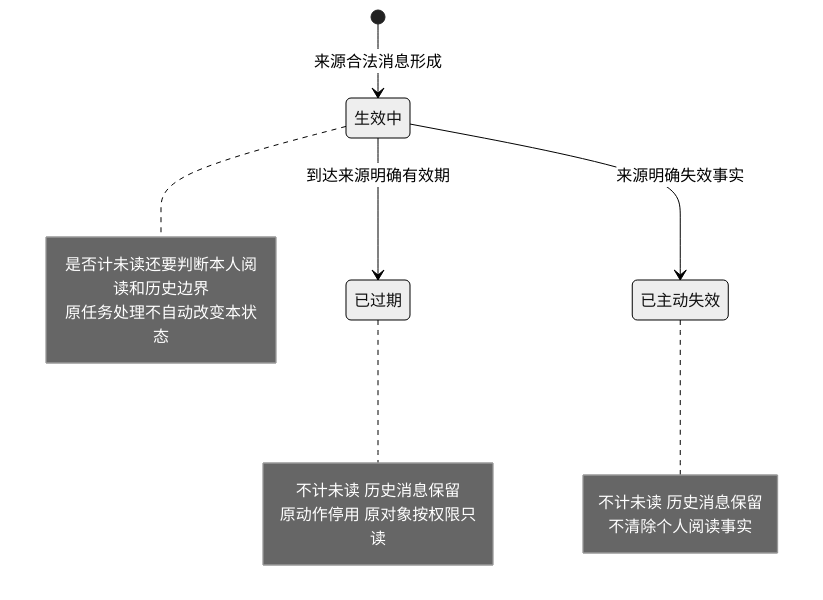
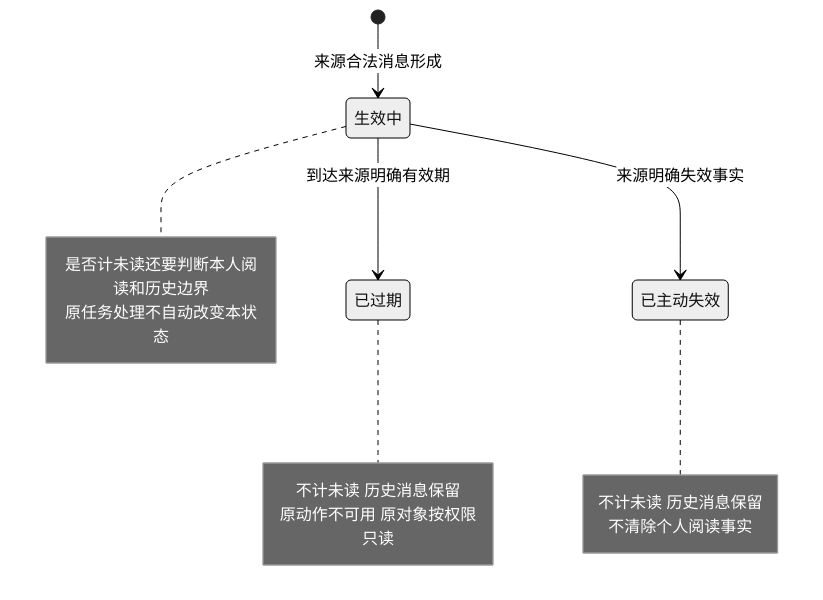
One commit to wxblockchain/Chain-Financing changed the sixth of 7 diagrams in lending-platform/PRD/v1.0-运营端消息通知/02-运营端消息通知-流程图与状态机.md. Above: the diagram before and after it, drawn with Mermaid (neutral theme). The commit also changed other lines of this file and 4 other files, not shown here.

````diff
--- a/lending-platform/PRD/v1.0-运营端消息通知/02-运营端消息通知-流程图与状态机.md
+++ b/lending-platform/PRD/v1.0-运营端消息通知/02-运营端消息通知-流程图与状态机.md
@@ -144,18 +144,18 @@
 ```mermaid
 stateDiagram-v2
     [*] --> 生效中: 来源合法消息形成
     生效中 --> 已过期: 到达来源明确有效期
     生效中 --> 已主动失效: 来源明确失效事实
     note right of 生效中
         是否计未读还要判断本人阅读和历史边界
         原任务处理不自动改变本状态
     end note
     note right of 已过期
         不计未读 历史消息保留
-        原动作停用 原对象按权限只读
+        原动作不可用 原对象按权限只读
     end note
     note right of 已主动失效
         不计未读 历史消息保留
         不清除个人阅读事实
     end note
 ```
````
